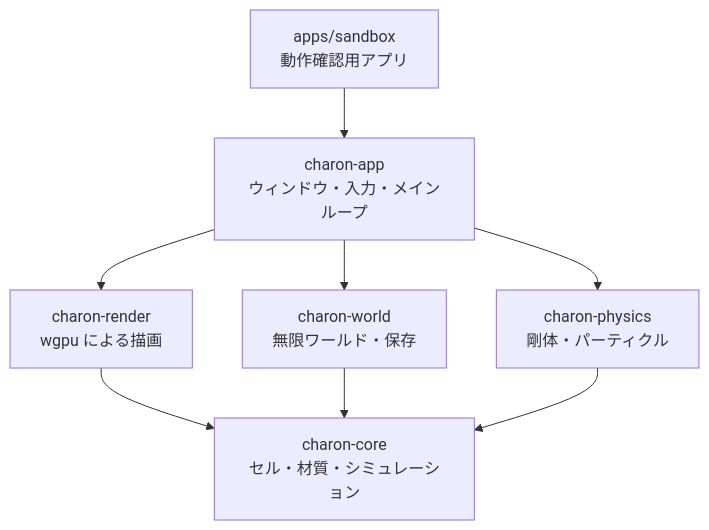
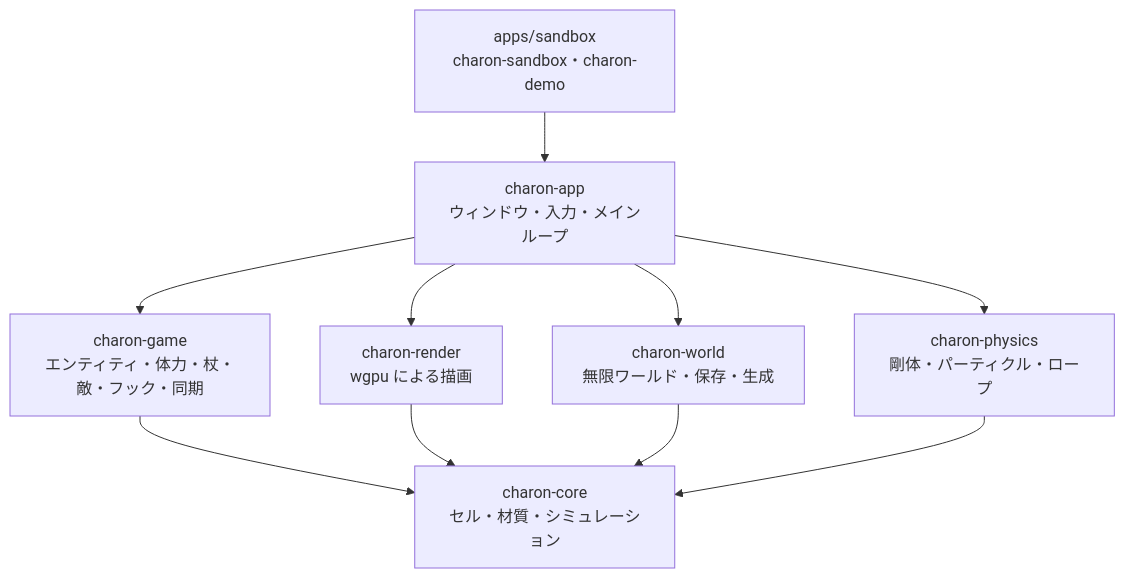
Before and after one commit to sofia-gros/charon-engine: the second of 2 diagrams in README.md, drawn with Mermaid. The commit also changed other lines of this file and 2 other files, not shown here.

Commit message:
README を整理し、状況の詳細を docs/STATUS.md へ移す。M12 を ROADMAP に追加

````diff
--- a/README.md
+++ b/README.md
@@ -116,10 +82,12 @@
 ```mermaid
 flowchart TD
-    sandbox[apps/sandbox<br>動作確認用アプリ] --> app[charon-app<br>ウィンドウ・入力・メインループ]
+    sandbox[apps/sandbox<br>charon-sandbox・charon-demo] --> app[charon-app<br>ウィンドウ・入力・メインループ]
+    app --> game[charon-game<br>エンティティ・体力・杖・敵・フック・同期]
     app --> render[charon-render<br>wgpu による描画]
-    app --> world[charon-world<br>無限ワールド・保存]
-    app --> physics[charon-physics<br>剛体・パーティクル]
-    render --> core[charon-core<br>セル・材質・シミュレーション]
+    app --> world[charon-world<br>無限ワールド・保存・生成]
+    app --> physics[charon-physics<br>剛体・パーティクル・ロープ]
+    game --> core[charon-core<br>セル・材質・シミュレーション]
+    render --> core
     world --> core
     physics --> core
 ```
````
